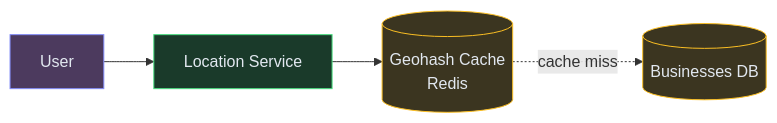
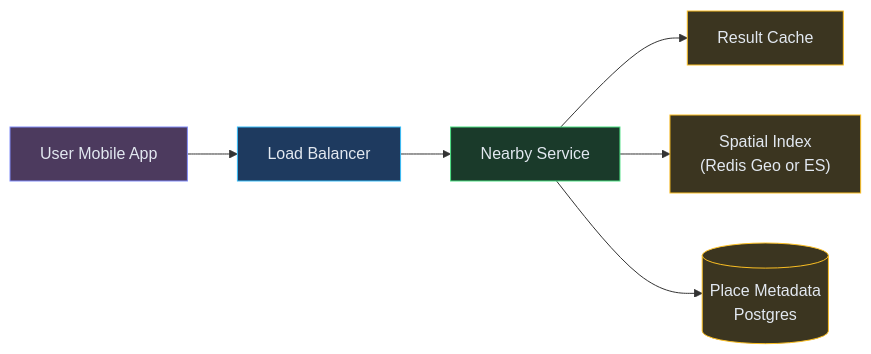
The second of 6 diagrams in content/hld/NearbyService.md (iluzn/HLD-Designs), drawn with Mermaid before and after one commit. The commit also changed other lines of this file and 26 other files, not shown here.

````diff
--- a/content/hld/NearbyService.md
+++ b/content/hld/NearbyService.md
@@ -102,15 +158,20 @@
 ```mermaid
 flowchart LR
-    USER["User"]:::client
-    API["Location Service"]:::service
-    CACHE[("Geohash Cache<br/>Redis")]:::data
-    DB[("Businesses DB")]:::data
+    USER["User Mobile App"]:::client
+    LB["Load Balancer"]:::edge
+    NEARBY["Nearby Service"]:::service
+    GEODEX["Spatial Index<br/>(Redis Geo or ES)"]:::data
+    PLACEDB[("Place Metadata<br/>Postgres")]:::data
+    CACHE["Result Cache"]:::data
 
-    USER --> API
-    API --> CACHE
-    CACHE -.->|cache miss| DB
+    USER --> LB
+    LB --> NEARBY
+    NEARBY --> CACHE
+    NEARBY --> GEODEX
+    NEARBY --> PLACEDB
 
     classDef client fill:#4c3a5e,stroke:#818cf8,color:#e2e8f0
+    classDef edge fill:#1e3a5f,stroke:#38bdf8,color:#e2e8f0
     classDef service fill:#1a3a2a,stroke:#4ade80,color:#e2e8f0
     classDef data fill:#3b3520,stroke:#fbbf24,color:#e2e8f0
 ```
````
